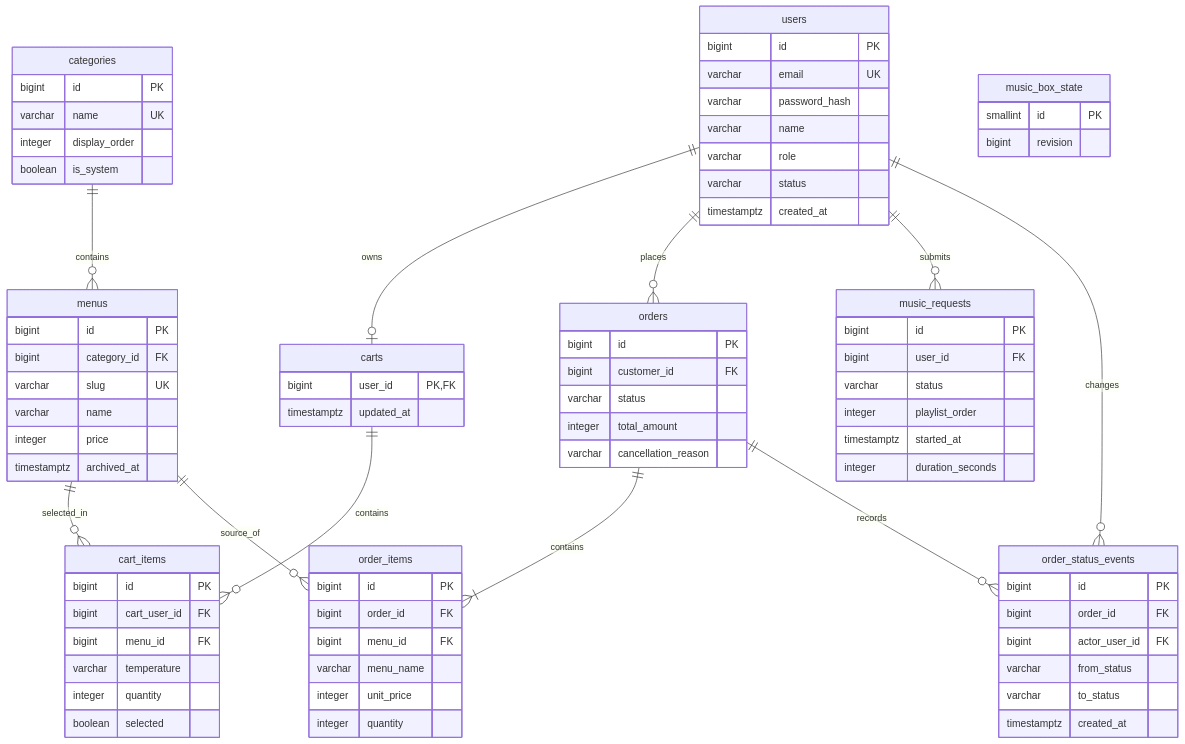
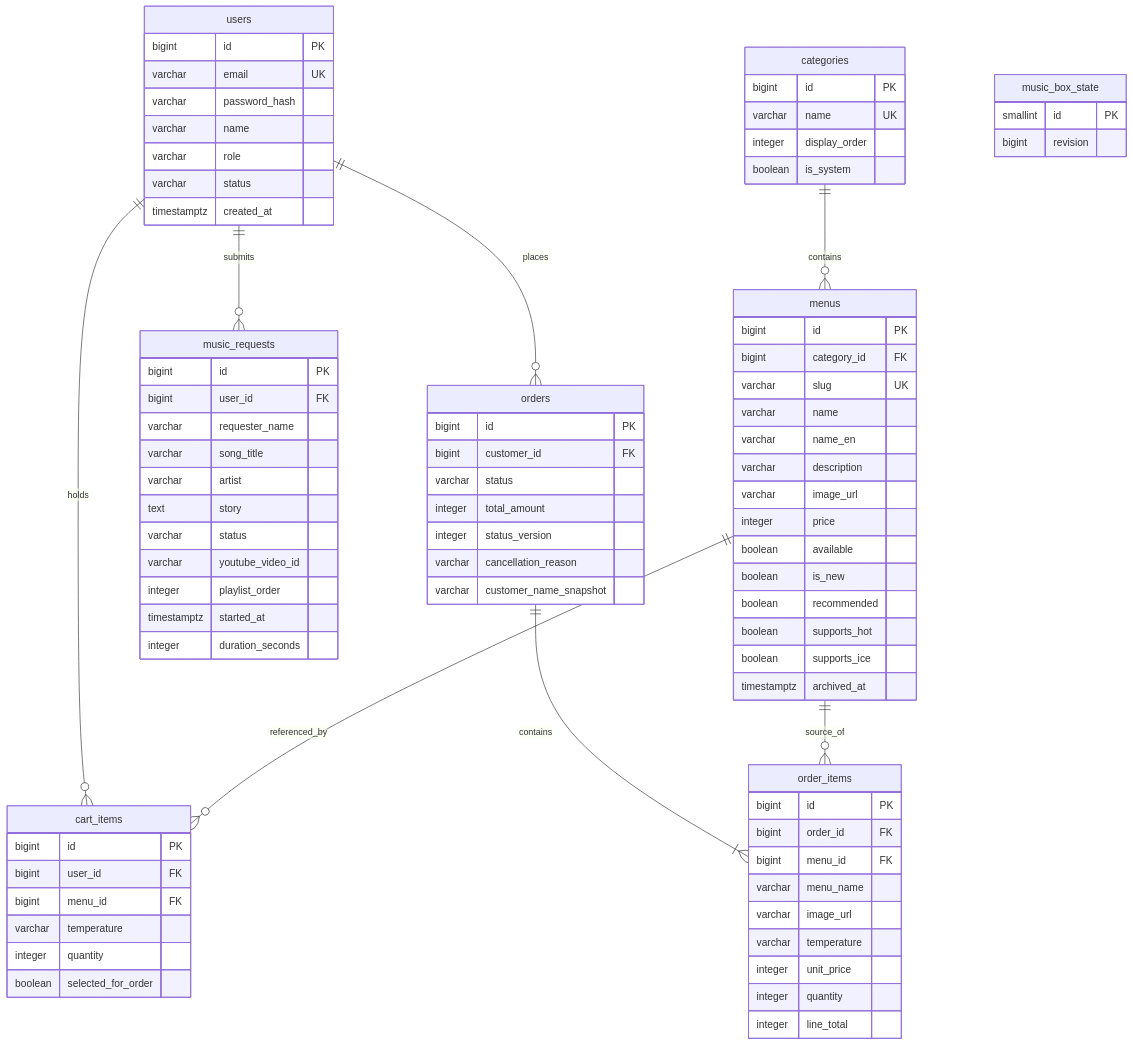
The diagram in docs/database-design.md (likelion-backendschool-9th/3team_ncafe), drawn with Mermaid before and after one commit. The commit also changed other lines of this file and 4 other files, not shown here.

Commit message:
docs: 데이터베이스 설계와 Chen ERD 수정

````diff
--- a/docs/database-design.md
+++ b/docs/database-design.md
@@ -27,15 +31,12 @@
 ```mermaid
 erDiagram
-    users ||--o| carts : owns
+    users ||--o{ cart_items : holds
     users ||--o{ orders : places
     users ||--o{ music_requests : submits
-    users ||--o{ order_status_events : changes
     categories ||--o{ menus : contains
-    carts ||--o{ cart_items : contains
-    menus ||--o{ cart_items : selected_in
+    menus ||--o{ cart_items : referenced_by
     orders ||--|{ order_items : contains
     menus ||--o{ order_items : source_of
-    orders ||--o{ order_status_events : records
 
     users {
       bigint id PK
@@ -57,43 +58,44 @@
       bigint category_id FK
       varchar slug UK
       varchar name
+      varchar name_en
+      varchar description
+      varchar image_url
       integer price
+      boolean available
+      boolean is_new
+      boolean recommended
+      boolean supports_hot
+      boolean supports_ice
       timestamptz archived_at
-    }
-    carts {
-      bigint user_id PK,FK
-      timestamptz updated_at
     }
     cart_items {
       bigint id PK
-      bigint cart_user_id FK
+      bigint user_id FK
       bigint menu_id FK
       varchar temperature
       integer quantity
-      boolean selected
+      boolean selected_for_order
     }
     orders {
       bigint id PK
       bigint customer_id FK
       varchar status
       integer total_amount
+      integer status_version
       varchar cancellation_reason
+      varchar customer_name_snapshot
     }
     order_items {
       bigint id PK
       bigint order_id FK
       bigint menu_id FK
       varchar menu_name
+      varchar image_url
+      varchar temperature
       integer unit_price
       integer quantity
-    }
-    order_status_events {
-      bigint id PK
-      bigint order_id FK
-      bigint actor_user_id FK
-      varchar from_status
-      varchar to_status
-      timestamptz created_at
+      integer line_total
     }
     music_box_state {
       smallint id PK
@@ -102,7 +104,12 @@
     music_requests {
       bigint id PK
       bigint user_id FK
+      varchar requester_name
+      varchar song_title
+      varchar artist
+      text story
       varchar status
+      varchar youtube_video_id
       integer playlist_order
       timestamptz started_at
       integer duration_seconds
````
